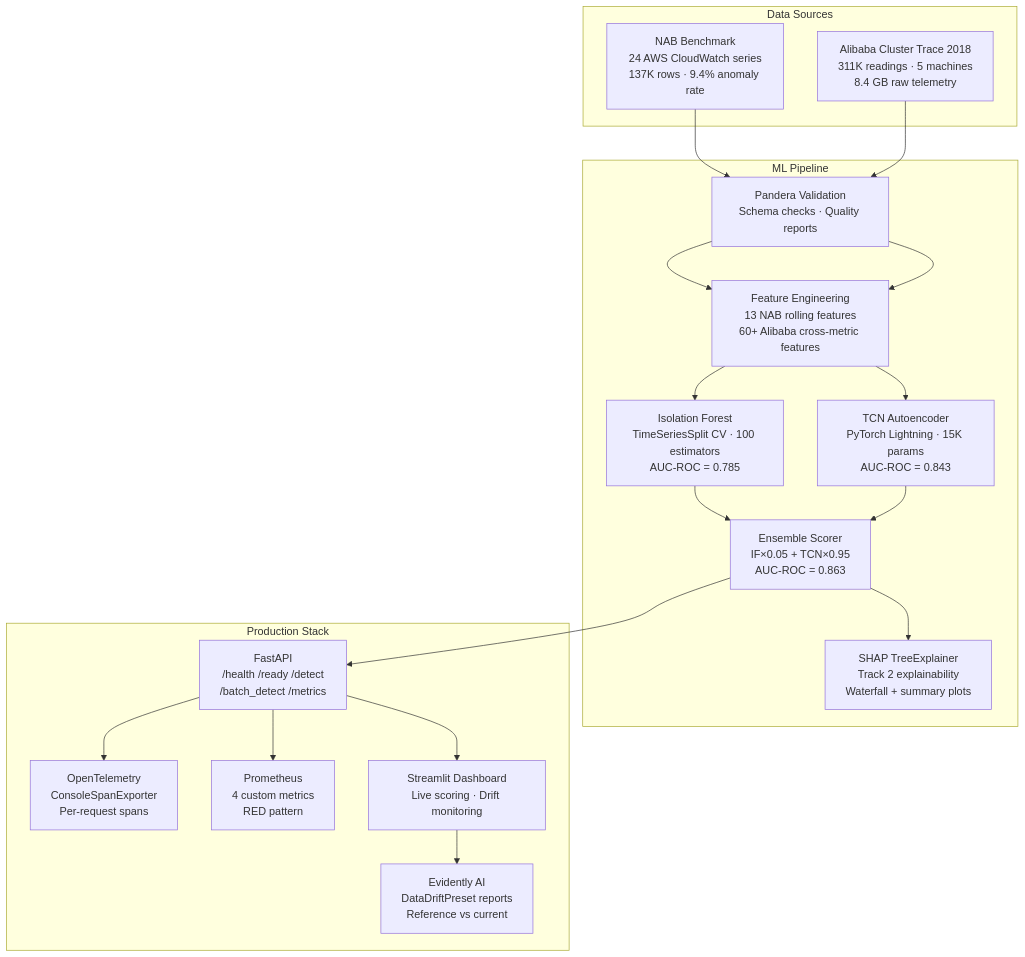
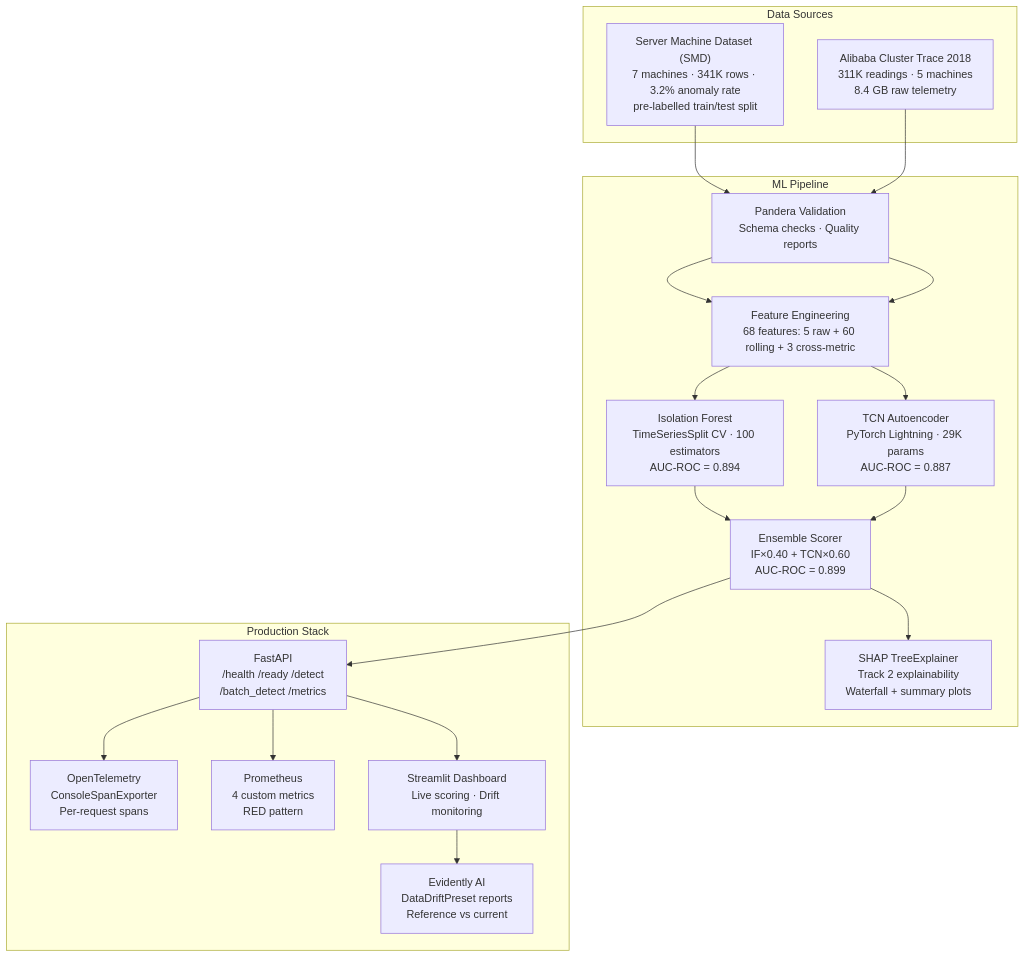
Before and after one commit to howlingwolf77/clouddrift: the diagram in README.md, drawn with Mermaid. The commit also changed other lines of this file and 47 other files, not shown here.

First line of the commit message:
feat: migrate from NAB to SMD, update ensemble weights to IF=0.40/TCN=0.60

````diff
--- a/README.md
+++ b/README.md
@@ -41,31 +36,31 @@
 ```mermaid
 flowchart TD
     subgraph Sources["Data Sources"]
-        NAB["NAB Benchmark\n24 AWS CloudWatch series\n137K rows · 9.4% anomaly rate"]
+        SMD["Server Machine Dataset (SMD)\n7 machines · 341K rows · 3.2% anomaly rate\npre-labelled train/test split"]
         ALI["Alibaba Cluster Trace 2018\n311K readings · 5 machines\n8.4 GB raw telemetry"]
     end
- 
+
     subgraph Pipeline["ML Pipeline"]
         VAL["Pandera Validation\nSchema checks · Quality reports"]
-        FE["Feature Engineering\n13 NAB rolling features\n60+ Alibaba cross-metric features"]
-        IF["Isolation Forest\nTimeSeriesSplit CV · 100 estimators\nAUC-ROC = 0.785"]
-        TCN["TCN Autoencoder\nPyTorch Lightning · 15K params\nAUC-ROC = 0.843"]
-        ENS["Ensemble Scorer\nIF×0.05 + TCN×0.95\nAUC-ROC = 0.863"]
+        FE["Feature Engineering\n68 features: 5 raw + 60 rolling + 3 cross-metric"]
+        IF["Isolation Forest\nTimeSeriesSplit CV · 100 estimators\nAUC-ROC = 0.894"]
+        TCN["TCN Autoencoder\nPyTorch Lightning · 29K params\nAUC-ROC = 0.887"]
+        ENS["Ensemble Scorer\nIF×0.40 + TCN×0.60\nAUC-ROC = 0.899"]
         SHAP["SHAP TreeExplainer\nTrack 2 explainability\nWaterfall + summary plots"]
     end
- 
+
     subgraph Serving["Production Stack"]
         API["FastAPI\n/health /ready /detect\n/batch_detect /metrics"]
         OTEL["OpenTelemetry\nConsoleSpanExporter\nPer-request spans"]
         PROM["Prometheus\n4 custom metrics\nRED pattern"]
         DASH["Streamlit Dashboard\nLive scoring · Drift monitoring"]
         EVI["Evidently AI\nDataDriftPreset reports\nReference vs current"]
     end
- 
-    NAB --> VAL --> FE --> IF & TCN --> ENS
+
+    SMD --> VAL --> FE --> IF & TCN --> ENS
     ALI --> VAL --> FE
     ENS --> API
     ENS --> SHAP
     API --> OTEL & PROM
     API --> DASH --> EVI
 ```
````
